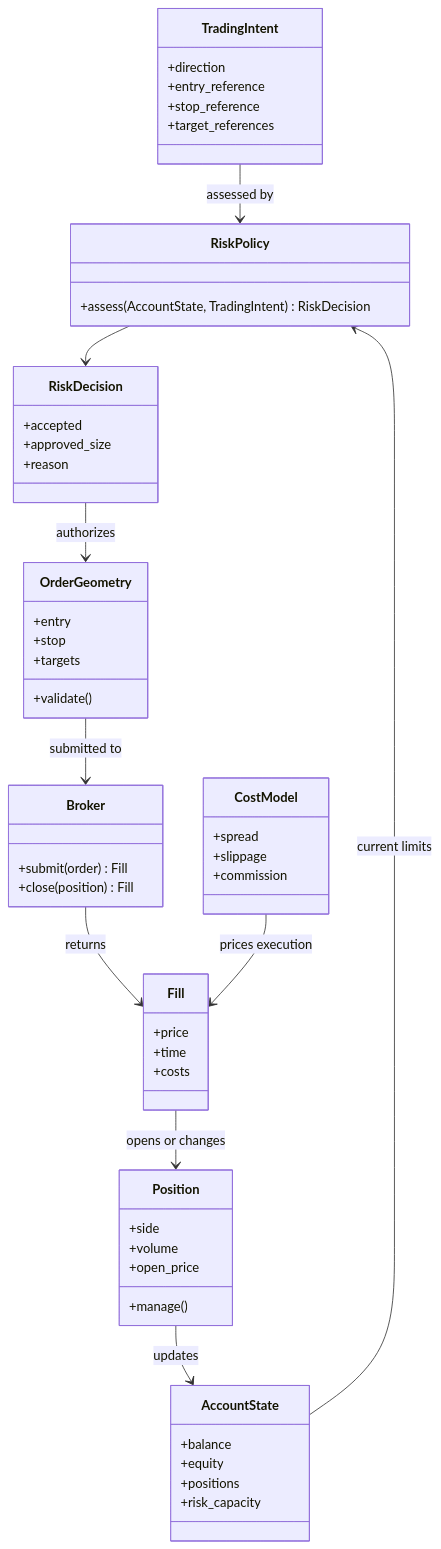
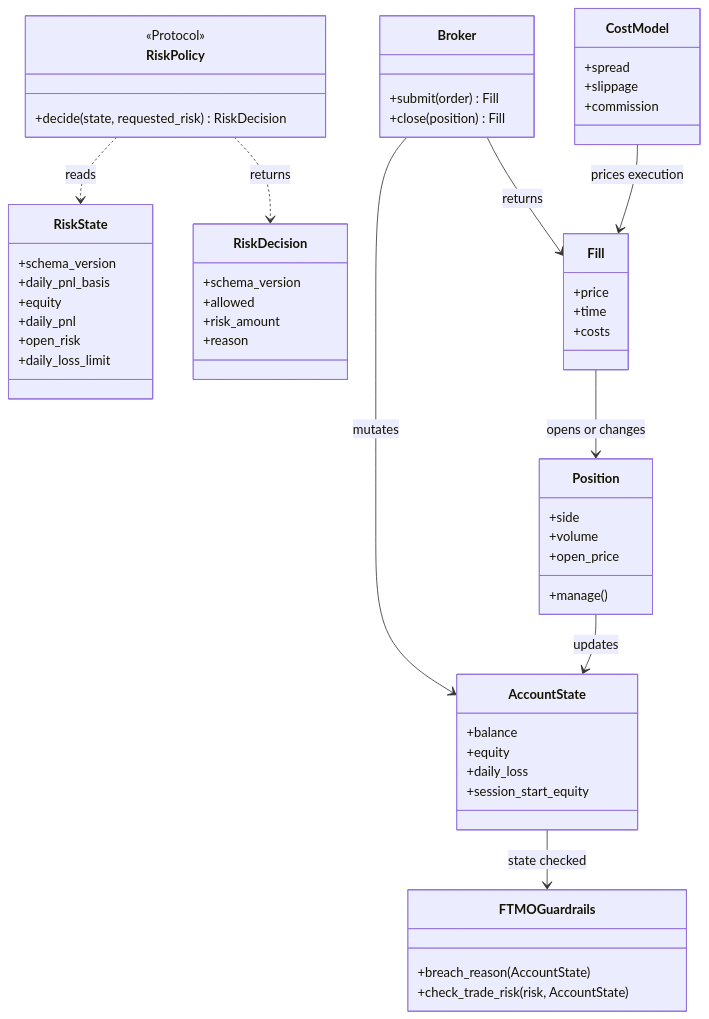
Before and after one commit to nntk072/Quantitative-RL-Trading-System: the second of 2 diagrams in docs/modules/trading.md, drawn with Mermaid. The commit also changed other lines of this file and 1229 other files, not shown here.

````diff
--- a/docs/modules/trading.md
+++ b/docs/modules/trading.md
@@ -64,58 +67,59 @@
 ```mermaid
 classDiagram
-    class TradingIntent {
-      +direction
-      +entry_reference
-      +stop_reference
-      +target_references
-    }
-    class RiskPolicy {
-      +assess(AccountState, TradingIntent) RiskDecision
-    }
-    class RiskDecision {
-      +accepted
-      +approved_size
-      +reason
-    }
     class AccountState {
       +balance
       +equity
-      +positions
-      +risk_capacity
+      +daily_loss
+      +session_start_equity
     }
-    class OrderGeometry {
-      +entry
-      +stop
-      +targets
-      +validate()
+    class FTMOGuardrails {
+      +breach_reason(AccountState)
+      +check_trade_risk(risk, AccountState)
+    }
+    class RiskState {
+      +schema_version
+      +daily_pnl_basis
+      +equity
+      +daily_pnl
+      +open_risk
+      +daily_loss_limit
+    }
+    class RiskPolicy {
+      <<Protocol>>
+      +decide(state, requested_risk) RiskDecision
+    }
+    class RiskDecision {
+      +schema_version
+      +allowed
+      +risk_amount
+      +reason
     }
     class Position {
       +side
       +volume
       +open_price
       +manage()
     }
     class Broker {
       +submit(order) Fill
       +close(position) Fill
     }
     class CostModel {
       +spread
       +slippage
       +commission
     }
     class Fill {
       +price
       +time
       +costs
     }
-    TradingIntent --> RiskPolicy : assessed by
-    RiskPolicy --> RiskDecision
-    AccountState --> RiskPolicy : current limits
-    RiskDecision --> OrderGeometry : authorizes
-    OrderGeometry --> Broker : submitted to
+    AccountState --> FTMOGuardrails : state checked
+    Broker --> AccountState : mutates
     Broker --> Fill : returns
     Fill --> Position : opens or changes
     Position --> AccountState : updates
     CostModel --> Fill : prices execution
+    RiskPolicy ..> RiskState : reads
+    RiskPolicy ..> RiskDecision : returns
 ```
````
